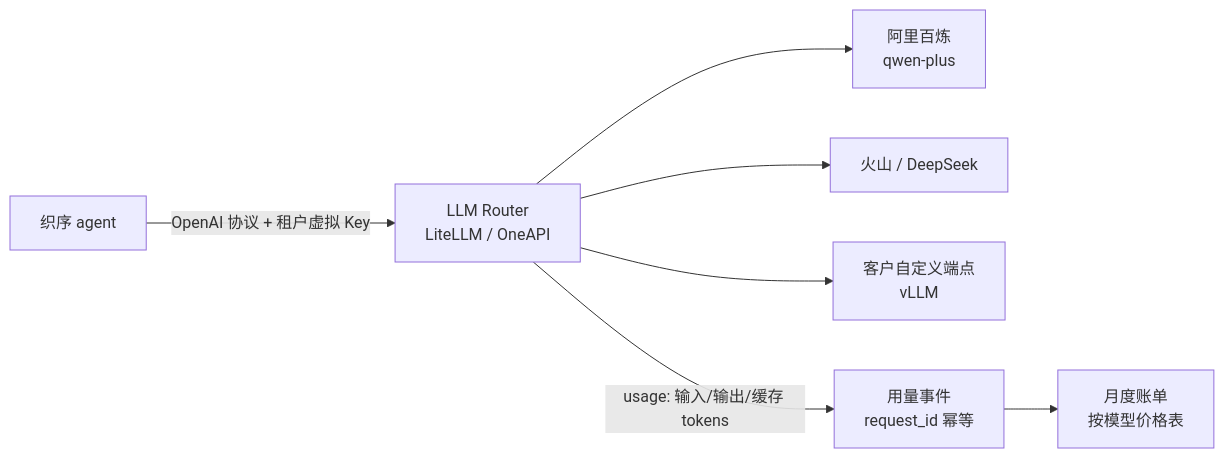
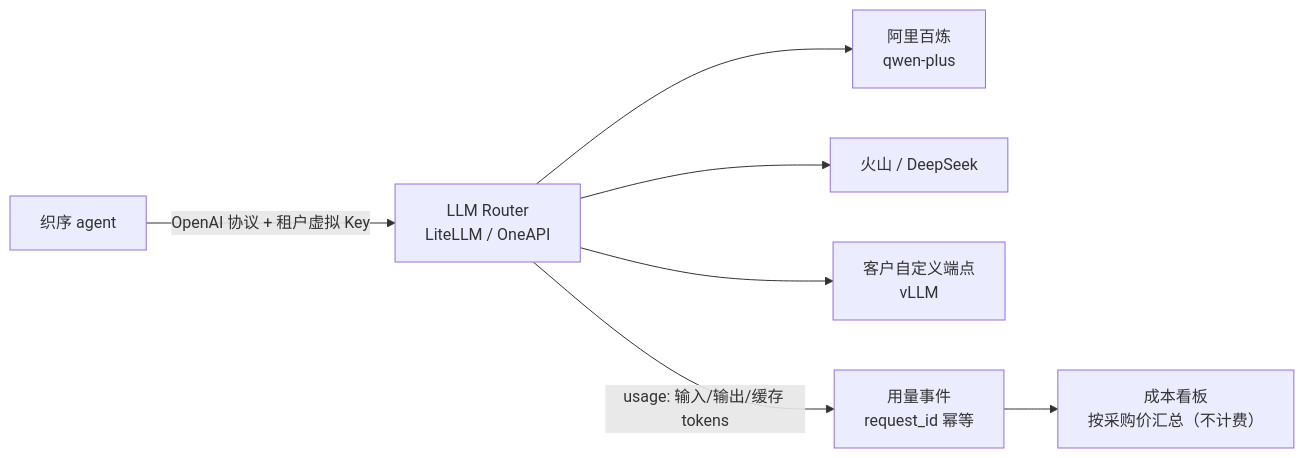
Diagram 16 of 16 in docs/product-design.md (sjzsdu/weave-order), drawn with Mermaid before and after one commit. The commit also changed other lines of this file and 3 other files, not shown here.

````diff
--- a/docs/product-design.md
+++ b/docs/product-design.md
@@ -1631,9 +1676,9 @@
 ```mermaid
 flowchart LR
   A["织序 agent"] -->|"OpenAI 协议 + 租户虚拟 Key"| R["LLM Router<br/>LiteLLM / OneAPI"]
   R --> M1["阿里百炼<br/>qwen-plus"]
   R --> M2["火山 / DeepSeek"]
   R --> M3["客户自定义端点<br/>vLLM"]
   R -->|"usage: 输入/输出/缓存 tokens"| U["用量事件<br/>request_id 幂等"]
-  U --> B["月度账单<br/>按模型价格表"]
+  U --> B["成本看板<br/>按采购价汇总（不计费）"]
 ```
````
